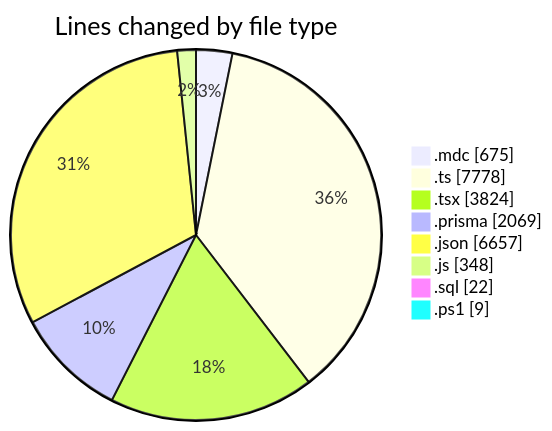
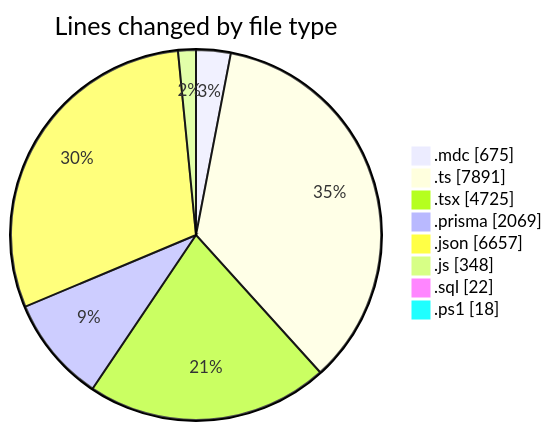
Before and after one commit to CELIANVF/code-tracking: the first of 2 diagrams in 2025-06-05/ecodeli-1/README.md, drawn with Mermaid. The commit also changed other lines of this file and 1 other file, not shown here.

````diff
--- a/2025-06-05/ecodeli-1/README.md
+++ b/2025-06-05/ecodeli-1/README.md
@@ -62,12 +64,12 @@
 ```mermaid
 pie showData
 title Lines changed by file type
 ".mdc" : 675
-".ts" : 7778
-".tsx" : 3824
+".ts" : 7891
+".tsx" : 4725
 ".prisma" : 2069
 ".json" : 6657
 ".js" : 348
 ".sql" : 22
-".ps1" : 9
+".ps1" : 18
 ```
````
